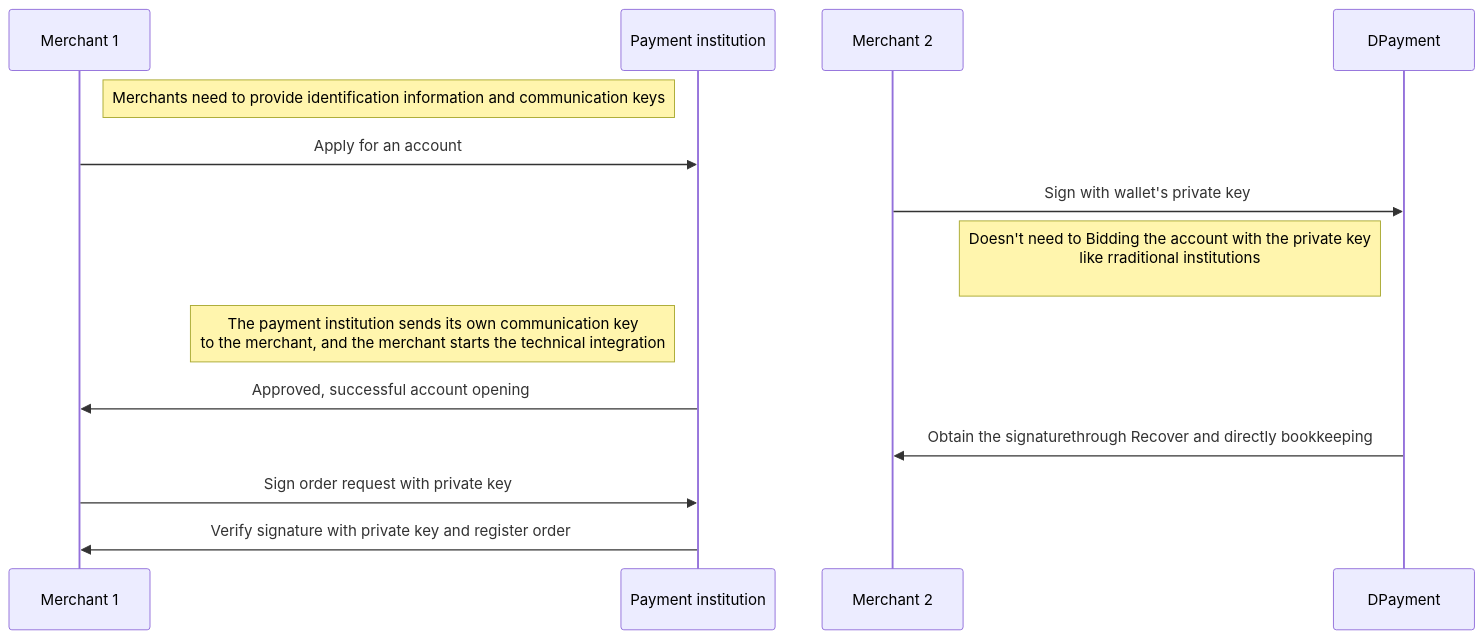
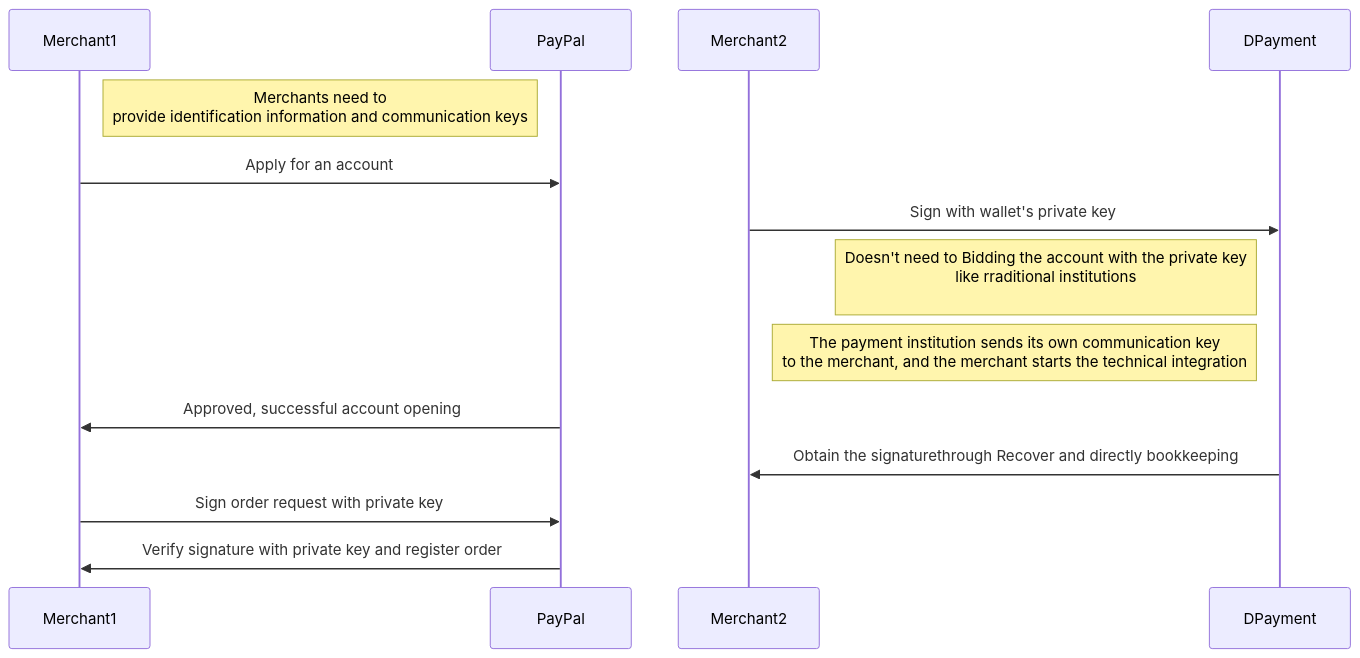
Before and after one commit to nulls-network/acala-hackathon-ppt: the second of 2 diagrams in index_en.md, drawn with Mermaid. The commit also changed other lines of this file, not shown here.

````diff
--- a/index_en.md
+++ b/index_en.md
@@ -143,12 +134,12 @@
 ```mermaid
 sequenceDiagram
-Note right of Merchant 1 : Merchants need to provide identification information and communication keys
-Merchant 1 ->> Payment institution : Apply for an account
-Merchant 2 ->> DPayment : Sign with wallet's private key
+Note right of Merchant1 : Merchants need to <br />provide identification information and communication keys
+Merchant1 ->> PayPal : Apply for an account
+Merchant2 ->> DPayment : Sign with wallet's private key
 Note left of DPayment : Doesn't need to Bidding the account with the private key <br /> like rraditional institutions <br />
-Note left of Payment institution : The payment institution sends its own communication key<br /> to the merchant, and the merchant starts the technical integration
-Payment institution ->> Merchant 1 : Approved, successful account opening
-DPayment ->> Merchant 2 : Obtain the signaturethrough Recover and directly bookkeeping
-Merchant 1 ->> Payment institution : Sign order request with private key
-Payment institution ->> Merchant 1 : Verify signature with private key and register order
+Note left of DPayment : The payment institution sends its own communication key<br /> to the merchant, and the merchant starts the technical integration
+PayPal ->> Merchant1 : Approved, successful account opening
+DPayment ->> Merchant2 : Obtain the signaturethrough Recover and directly bookkeeping
+Merchant1 ->> PayPal : Sign order request with private key
+PayPal ->> Merchant1 : Verify signature with private key and register order
 ```
````
